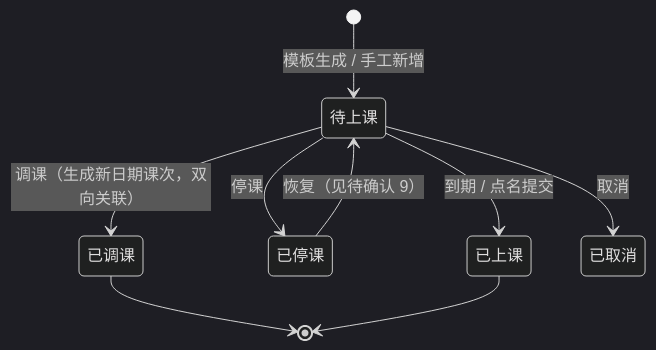
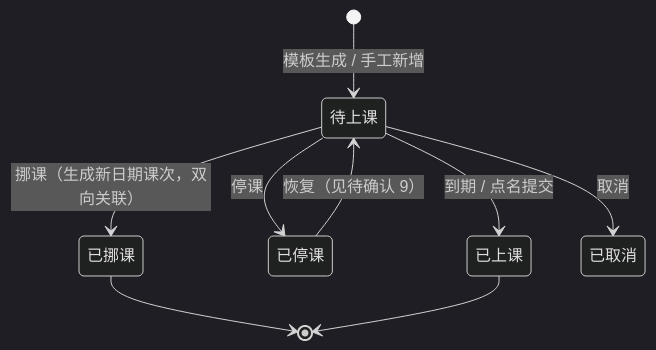
The first of 3 diagrams in server/docs/021-课次实体与任课关系-PRD.md (gary0828/chuanwai), drawn with Mermaid (dark theme) before and after one commit. The commit also changed other lines of this file and 35 other files, not shown here.

````diff
--- a/server/docs/021-课次实体与任课关系-PRD.md
+++ b/server/docs/021-课次实体与任课关系-PRD.md
@@ -160,11 +161,11 @@
 ```mermaid
 stateDiagram-v2
     [*] --> 待上课: 模板生成 / 手工新增
     待上课 --> 已上课: 到期 / 点名提交
     待上课 --> 已停课: 停课
-    待上课 --> 已调课: 调课（生成新日期课次，双向关联）
+    待上课 --> 已挪课: 挪课（生成新日期课次，双向关联）
     待上课 --> 已取消: 取消
     已停课 --> 待上课: 恢复（见待确认 9）
-    已调课 --> [*]
+    已挪课 --> [*]
     已上课 --> [*]
 ```
````
